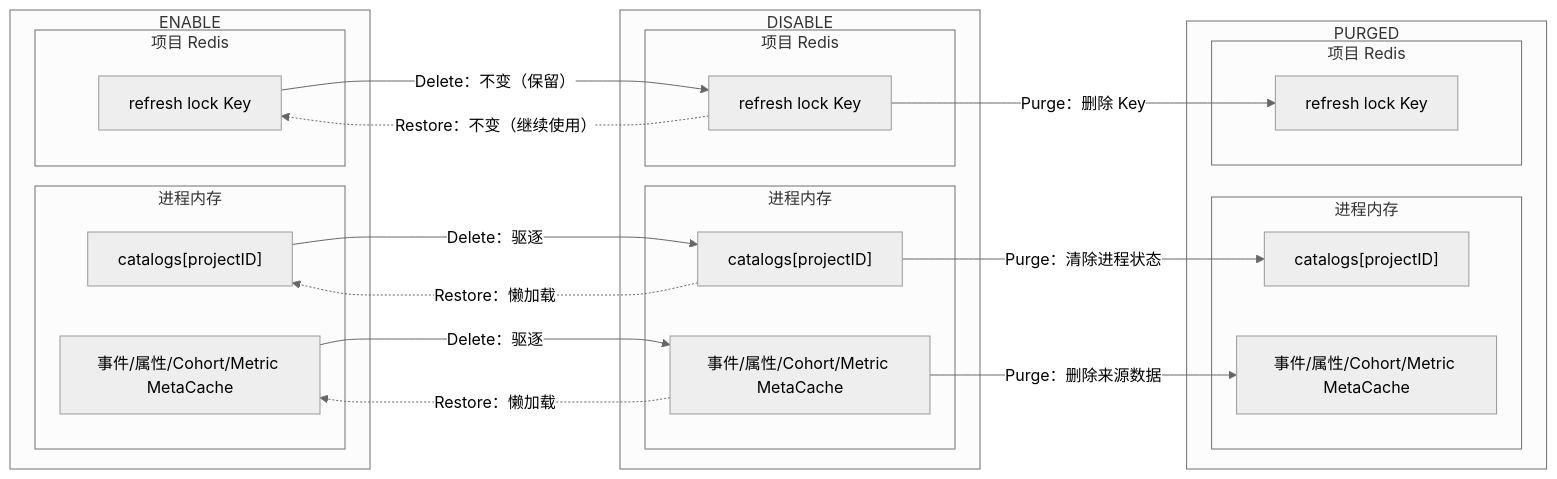
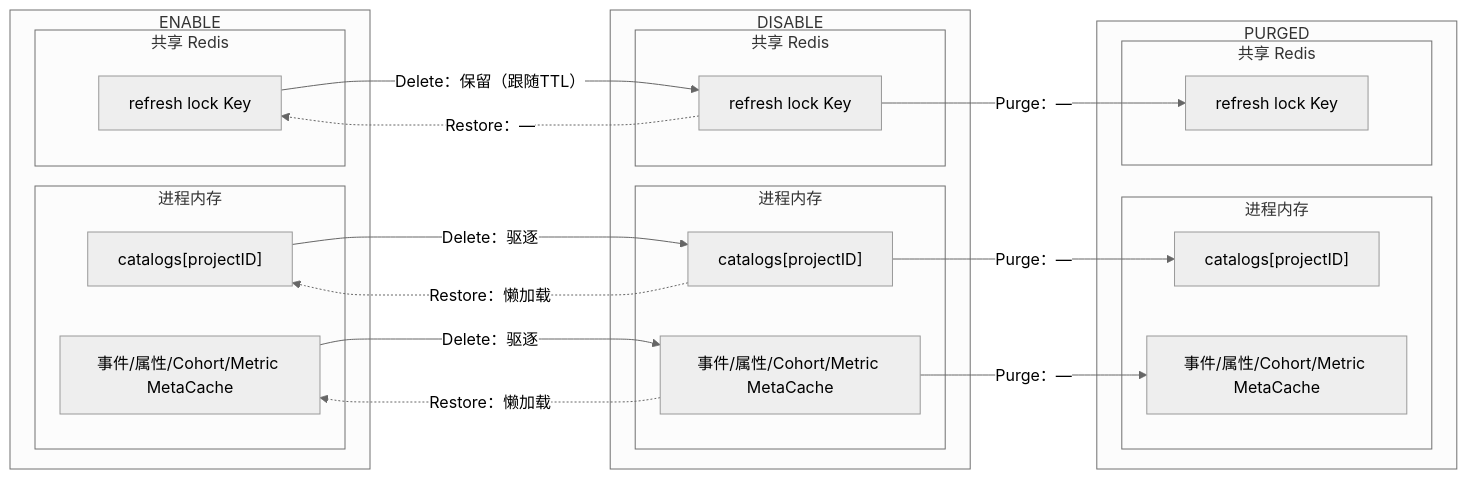
One commit to qinwenshiCH/workflow changed the seventh of 21 diagrams in specs/20260716-Wave-Refac-OrganizationProjectLifecycle/04-detail.md. Above: the diagram before and after it, drawn with Mermaid (neutral theme). The commit also changed other lines of this file and 2 other files, not shown here.

First line of the commit message:
fix: 按实际代码修正全部组件的生命周期文档 — 资源台账/生命周期图/流量变化图/PM改动

````diff
--- a/specs/20260716-Wave-Refac-OrganizationProjectLifecycle/04-detail.md
+++ b/specs/20260716-Wave-Refac-OrganizationProjectLifecycle/04-detail.md
@@ -425,42 +426,42 @@
 ```mermaid
 flowchart LR
     subgraph enable["ENABLE"]
         subgraph e_memory["进程内存"]
             ECat["catalogs[projectID]"]
             EMeta["事件/属性/Cohort/Metric MetaCache"]
         end
-        subgraph e_redis["项目 Redis"]
+        subgraph e_redis["共享 Redis"]
             ELock["refresh lock Key"]
         end
     end
 
     subgraph disable["DISABLE"]
         subgraph d_memory["进程内存"]
             DCat["catalogs[projectID]"]
             DMeta["事件/属性/Cohort/Metric MetaCache"]
         end
-        subgraph d_redis["项目 Redis"]
+        subgraph d_redis["共享 Redis"]
             DLock["refresh lock Key"]
         end
     end
 
     subgraph purged["PURGED"]
         subgraph p_memory["进程内存"]
             PCat["catalogs[projectID]"]
             PMeta["事件/属性/Cohort/Metric MetaCache"]
         end
-        subgraph p_redis["项目 Redis"]
+        subgraph p_redis["共享 Redis"]
             PLock["refresh lock Key"]
         end
     end
 
     ECat -->|Delete：驱逐| DCat
     EMeta -->|Delete：驱逐| DMeta
-    ELock -->|Delete：不变（保留）| DLock
+    ELock -->|Delete：保留（跟随TTL）| DLock
     DCat -.->|Restore：懒加载| ECat
     DMeta -.->|Restore：懒加载| EMeta
-    DLock -.->|Restore：不变（继续使用）| ELock
-    DCat -->|Purge：清除进程状态| PCat
-    DMeta -->|Purge：删除来源数据| PMeta
-    DLock -->|Purge：删除 Key| PLock
+    DLock -.->|Restore：—| ELock
+    DCat -->|Purge：—| PCat
+    DMeta -->|Purge：—| PMeta
+    DLock -->|Purge：—| PLock
 ```
````
